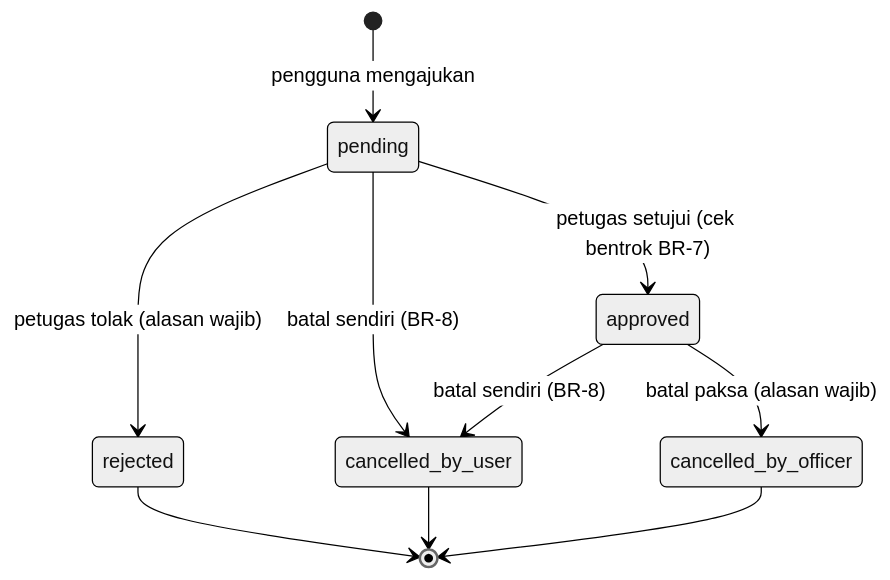
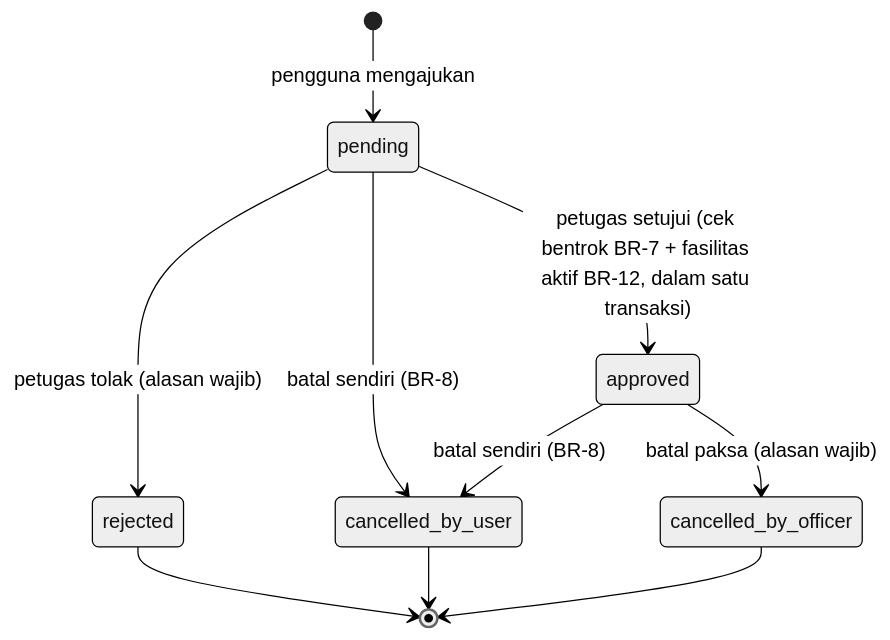
One commit to muhffikkri/room-reservation-system changed the second of 3 diagrams in docs/spesifikasi-sistem-reservasi.md. Above: the diagram before and after it, drawn with Mermaid (neutral theme).

Commit message:
docs(spec): clarify approve requires aktif facility

````diff
--- a/docs/spesifikasi-sistem-reservasi.md
+++ b/docs/spesifikasi-sistem-reservasi.md
@@ -410,12 +410,12 @@
 ```mermaid
 stateDiagram-v2
     [*] --> pending: pengguna mengajukan
-    pending --> approved: petugas setujui (cek bentrok BR-7)
+    pending --> approved: petugas setujui (cek bentrok BR-7 + fasilitas aktif BR-12, dalam satu transaksi)
     pending --> rejected: petugas tolak (alasan wajib)
     pending --> cancelled_by_user: batal sendiri (BR-8)
     approved --> cancelled_by_user: batal sendiri (BR-8)
     approved --> cancelled_by_officer: batal paksa (alasan wajib)
     rejected --> [*]
     cancelled_by_user --> [*]
     cancelled_by_officer --> [*]
 ```
````
